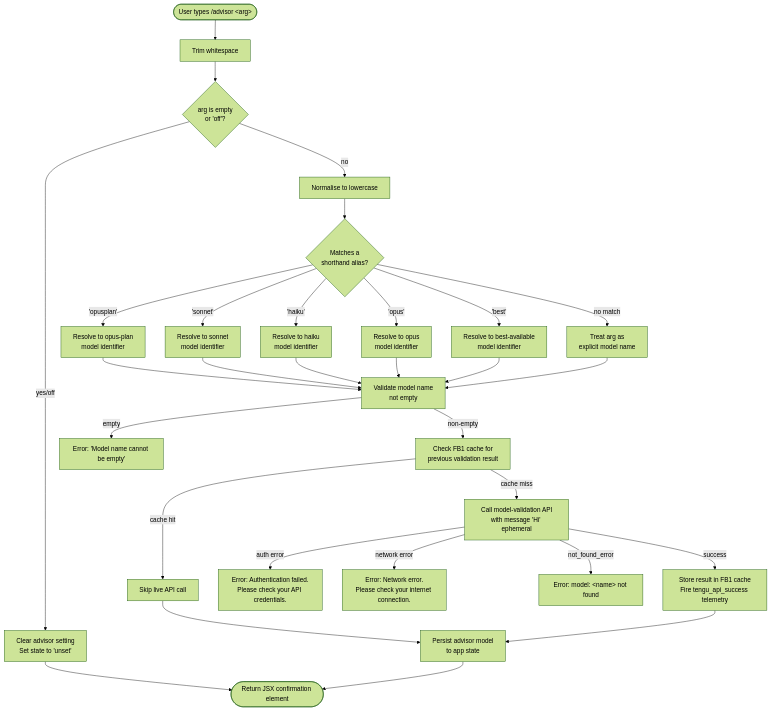
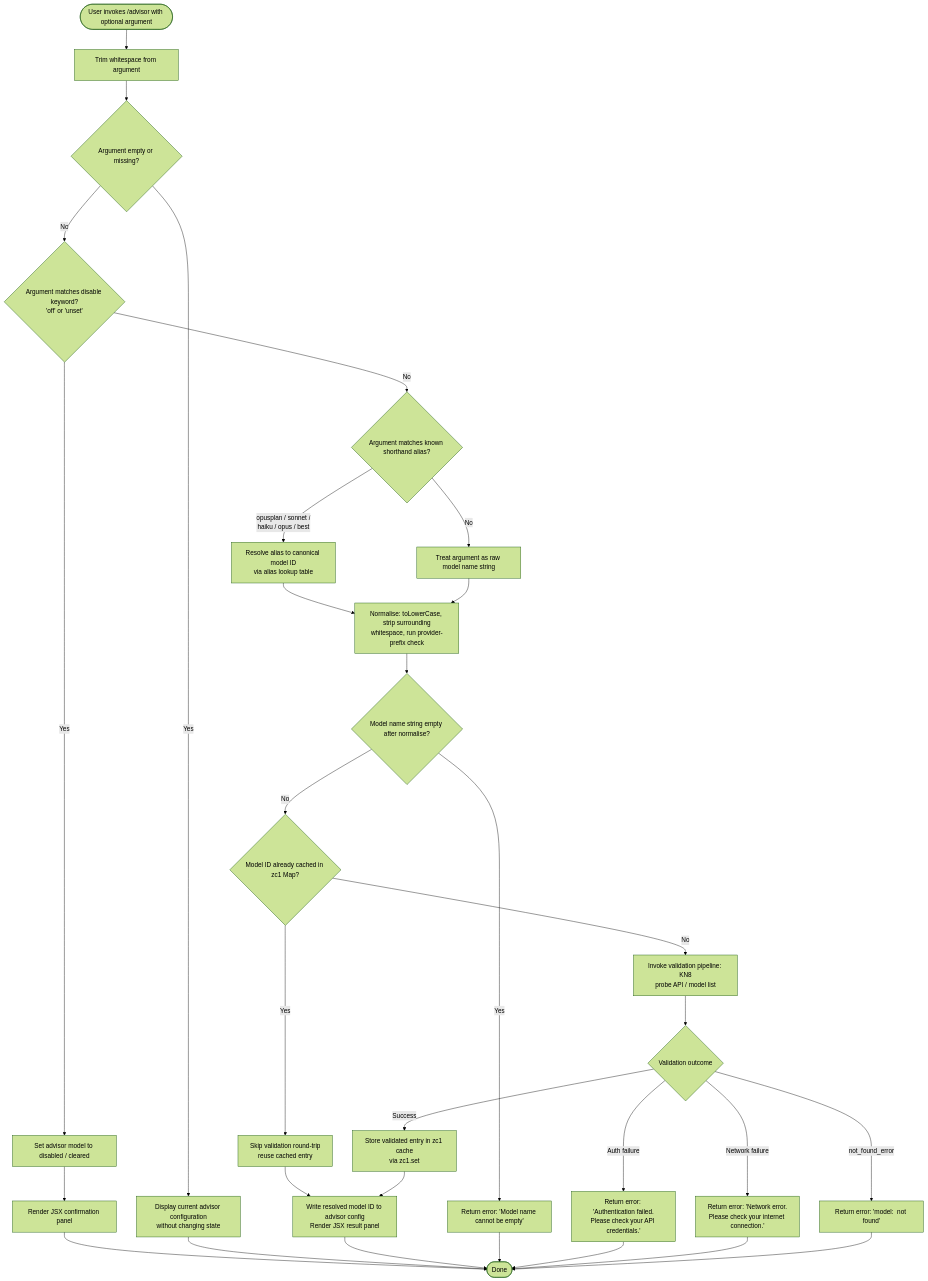
One commit to MyLittleLuckyDog/cc-gnothi changed the diagram in versions/v2.1.152/advisor.md. Above: the diagram before and after it, drawn with Mermaid (forest theme). The commit also changed other lines of this file and 593 other files, not shown here.

````diff
--- a/versions/v2.1.152/advisor.md
+++ b/versions/v2.1.152/advisor.md
@@ -47,25 +56,33 @@
 ```mermaid
 flowchart TD
-    A([User types /advisor &lt;arg&gt;]) --> B[Trim whitespace]
-    B --> C{arg is empty\nor 'off'?}
-    C -- yes/off --> D[Clear advisor setting\nSet state to 'unset']
-    C -- no --> E[Normalise to lowercase]
-    E --> F{Matches a\nshorthand alias?}
-    F -- 'opusplan' --> G[Resolve to opus-plan\nmodel identifier]
-    F -- 'sonnet' --> H[Resolve to sonnet\nmodel identifier]
-    F -- 'haiku' --> I[Resolve to haiku\nmodel identifier]
-    F -- 'opus' --> J[Resolve to opus\nmodel identifier]
-    F -- 'best' --> K[Resolve to best-available\nmodel identifier]
-    F -- no match --> L[Treat arg as\nexplicit model name]
-    G & H & I & J & K & L --> M[Validate model name\nnot empty]
-    M -- empty --> N[Error: 'Model name cannot be empty']
-    M -- non-empty --> O[Check FB1 cache for\nprevious validation result]
-    O -- cache hit --> P[Skip live API call]
-    O -- cache miss --> Q[Call model-validation API\nwith message 'Hi' ephemeral]
-    Q -- auth error --> R[Error: Authentication failed.\nPlease check your API credentials.]
-    Q -- network error --> S[Error: Network error.\nPlease check your internet connection.]
-    Q -- not_found_error --> T[Error: model: &lt;name&gt; not found]
-    Q -- success --> U[Store result in FB1 cache\nFire tengu_api_success telemetry]
-    P & U --> V[Persist advisor model\nto app state]
-    D & V --> W([Return JSX confirmation element])
+    A([User invokes /advisor with optional argument]) --> B[Trim whitespace from argument]
+    B --> C{Argument empty or missing?}
+    C -- Yes --> D[Display current advisor configuration\nwithout changing state]
+    C -- No --> E{Argument matches disable keyword?\n'off' or 'unset'}
+    E -- Yes --> F[Set advisor model to disabled / cleared]
+    F --> G[Render JSX confirmation panel]
+    E -- No --> H{Argument matches known shorthand alias?}
+    H -- "opusplan / sonnet /\nhaiku / opus / best" --> I[Resolve alias to canonical model ID\nvia alias lookup table]
+    H -- No --> J[Treat argument as raw model name string]
+    I --> K[Normalise: toLowerCase, strip surrounding\nwhitespace, run provider-prefix check]
+    J --> K
+    K --> L{Model name string empty after normalise?}
+    L -- Yes --> M[Return error: 'Model name cannot be empty']
+    L -- No --> N{Model ID already cached in zc1 Map?}
+    N -- Yes --> O[Skip validation round-trip\nreuse cached entry]
+    N -- No --> P[Invoke validation pipeline: KN8\nprobe API / model list]
+    P --> Q{Validation outcome}
+    Q -- Auth failure --> R[Return error: 'Authentication failed.\nPlease check your API credentials.']
+    Q -- Network failure --> S[Return error: 'Network error.\nPlease check your internet connection.']
+    Q -- not_found_error --> T[Return error: 'model: <name> not found']
+    Q -- Success --> U[Store validated entry in zc1 cache\nvia zc1.set]
+    O --> V
+    U --> V[Write resolved model ID to advisor config\nRender JSX result panel]
+    G --> W([Done])
+    D --> W
+    V --> W
+    M --> W
+    R --> W
+    S --> W
+    T --> W
 ```
````
